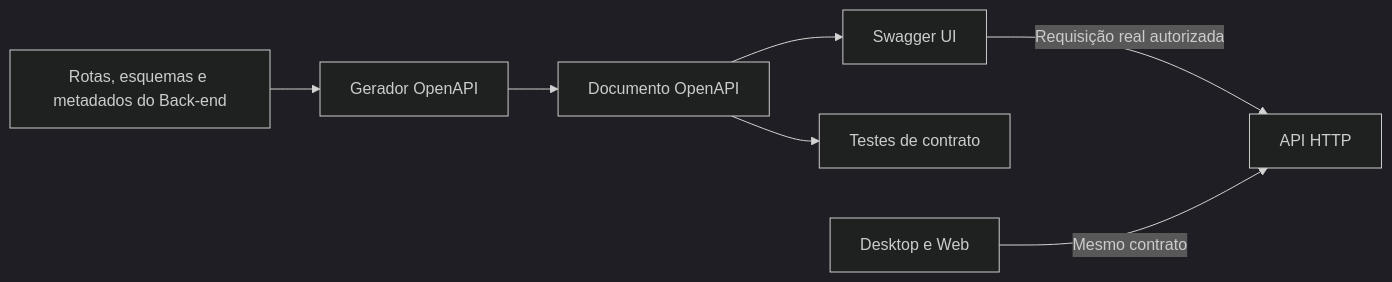
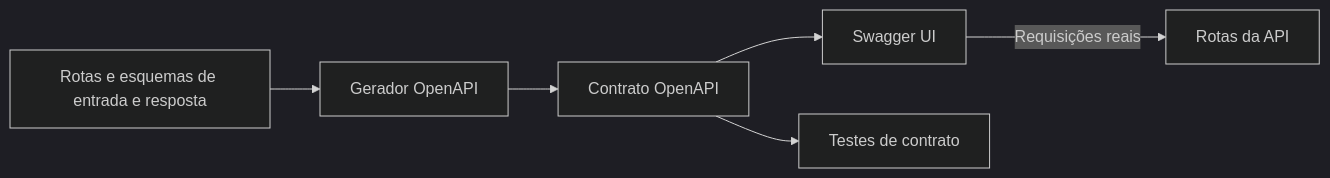
The third of 3 diagrams in README.md (MarcosKern/ProntuarioEdu-Hospitalar), drawn with Mermaid (dark theme) before and after one commit. The commit also changed other lines of this file and 32 other files, not shown here.

````diff
--- a/README.md
+++ b/README.md
@@ -212,9 +139,8 @@
 ```mermaid
 flowchart LR
-    Definicoes[Rotas, esquemas e metadados do Back-end] --> Gerador[Gerador OpenAPI]
-    Gerador --> Contrato[Documento OpenAPI]
+    Definicoes[Rotas e esquemas de entrada e resposta] --> Gerador[Gerador OpenAPI]
+    Gerador --> Contrato[Contrato OpenAPI]
     Contrato --> Swagger[Swagger UI]
     Contrato --> Testes[Testes de contrato]
-    Swagger -->|Requisição real autorizada| API[API HTTP]
-    Desktop[Desktop e Web] -->|Mesmo contrato| API
+    Swagger -->|Requisições reais| Rotas[Rotas da API]
 ```
````
